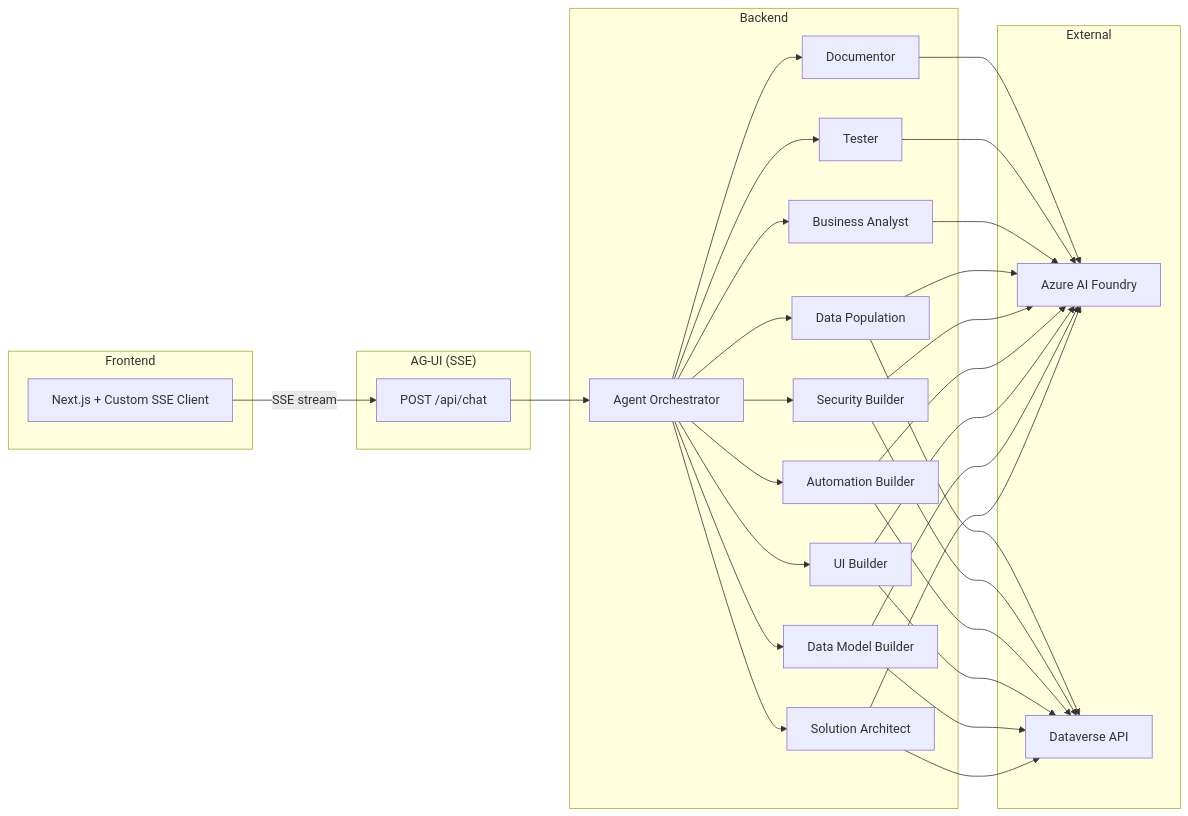
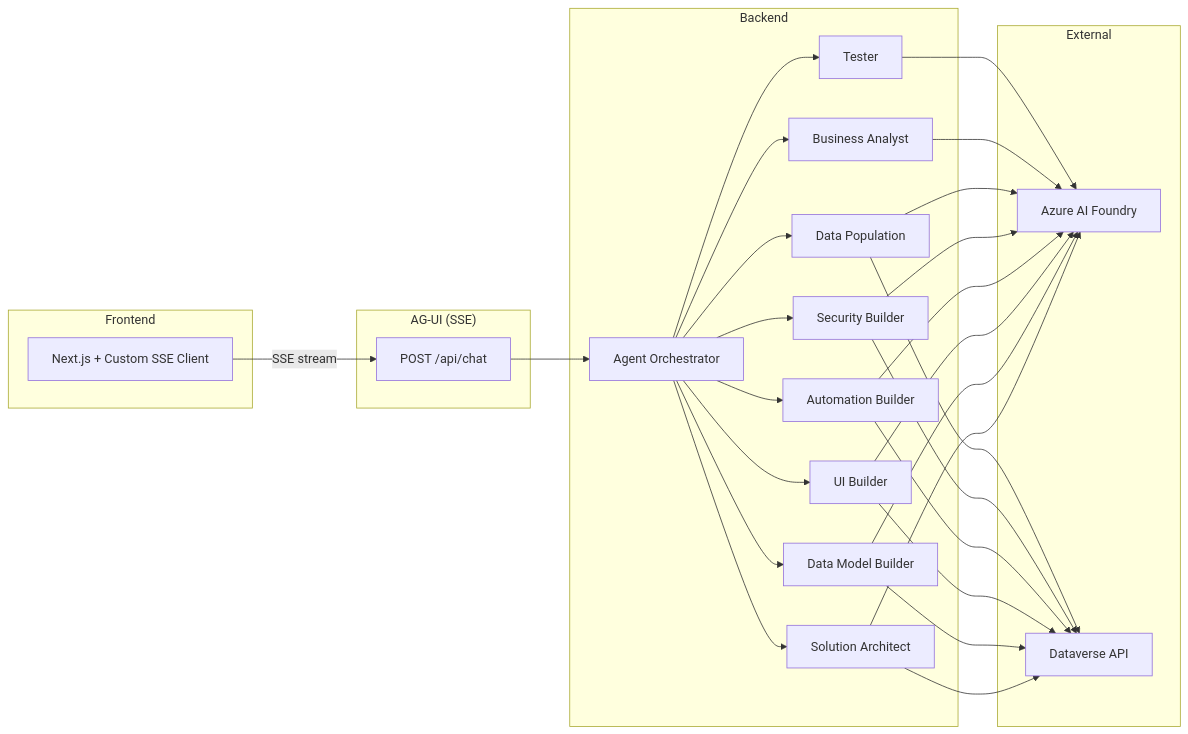
The diagram in README.md (allandecastro/dataverse-ai-forge), drawn with Mermaid before and after one commit. The commit also changed other lines of this file, not shown here.

First line of the commit message:
docs(readme): sharp review pass (env vars, roadmap, diagram, Tester) (#47)

````diff
--- a/README.md
+++ b/README.md
@@ -66,34 +66,33 @@
 ```mermaid
 graph LR
     subgraph Frontend
         UI[Next.js + Custom SSE Client]
     end
 
     subgraph "AG-UI (SSE)"
         SSE[POST /api/chat]
     end
 
     subgraph Backend
         Orch[Agent Orchestrator]
         SA[Solution Architect]
         BA[Business Analyst]
         DMB[Data Model Builder]
         UIB[UI Builder]
         AB[Automation Builder]
         SB[Security Builder]
         DP[Data Population]
         Test[Tester]
-        Doc[Documentor]
     end
 
     subgraph External
         AOI[Azure AI Foundry]
         DV[Dataverse API]
     end
 
     UI -- SSE stream --> SSE
     SSE --> Orch
-    Orch --> SA & BA & DMB & UIB & AB & SB & DP & Test & Doc
+    Orch --> SA & BA & DMB & UIB & AB & SB & DP & Test
     SA & DMB & UIB & AB & SB & DP --> DV
-    SA & DMB & UIB & AB & SB & DP & BA & Test & Doc --> AOI
+    SA & DMB & UIB & AB & SB & DP & BA & Test --> AOI
 ```
````
